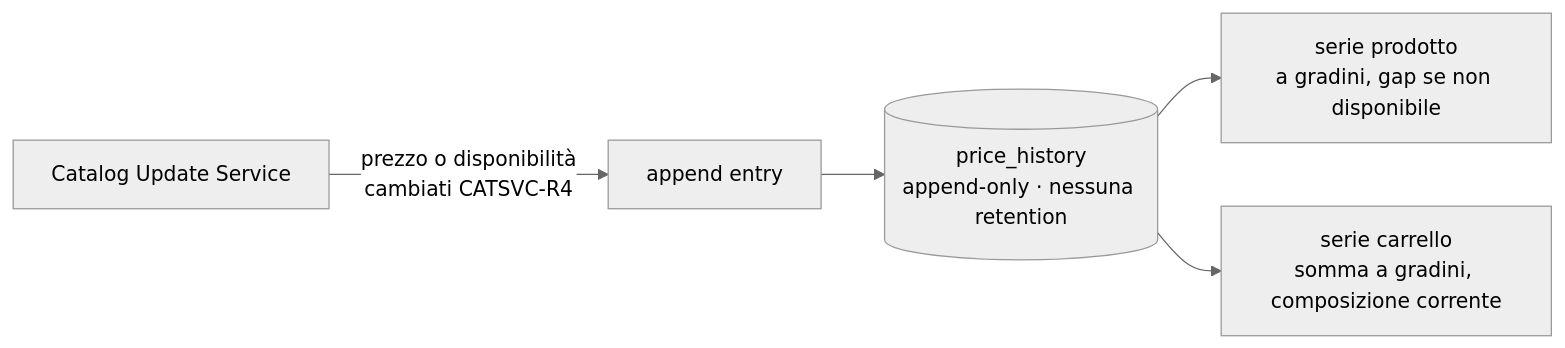
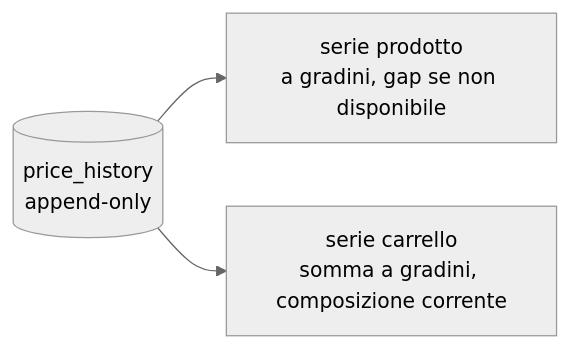
One commit to caporalesimone/watch-em-all changed the diagram in docs-ita/4-capabilities/core/price-history.md. Above: the diagram before and after it, drawn with Mermaid (neutral theme). The commit also changed other lines of this file and 30 other files, not shown here.

````diff
--- a/docs-ita/4-capabilities/core/price-history.md
+++ b/docs-ita/4-capabilities/core/price-history.md
@@ -9,7 +11,5 @@
 ```mermaid
 flowchart LR
-    CAT[Catalog Update Service] -->|prezzo o disponibilità<br/>cambiati CATSVC-R4| APP[append entry]
-    APP --> T[(price_history<br/>append-only · nessuna retention)]
-    T --> PS[serie prodotto<br/>a gradini, gap se non disponibile]
+    T[(price_history<br/>append-only)] --> PS[serie prodotto<br/>a gradini, gap se non disponibile]
     T --> CS[serie carrello<br/>somma a gradini, composizione corrente]
 ```
````
